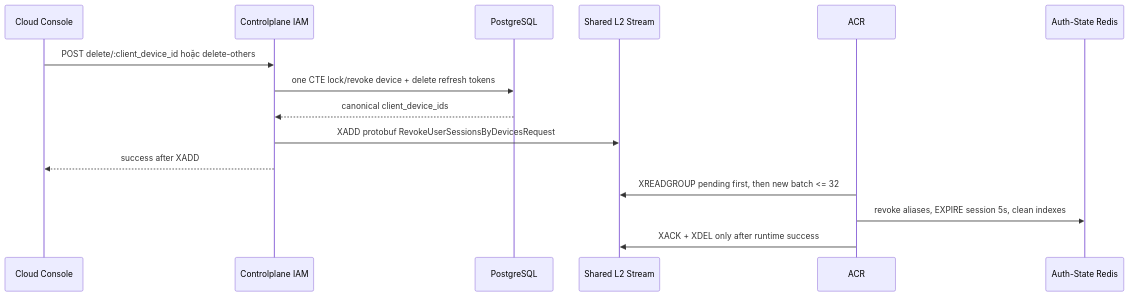
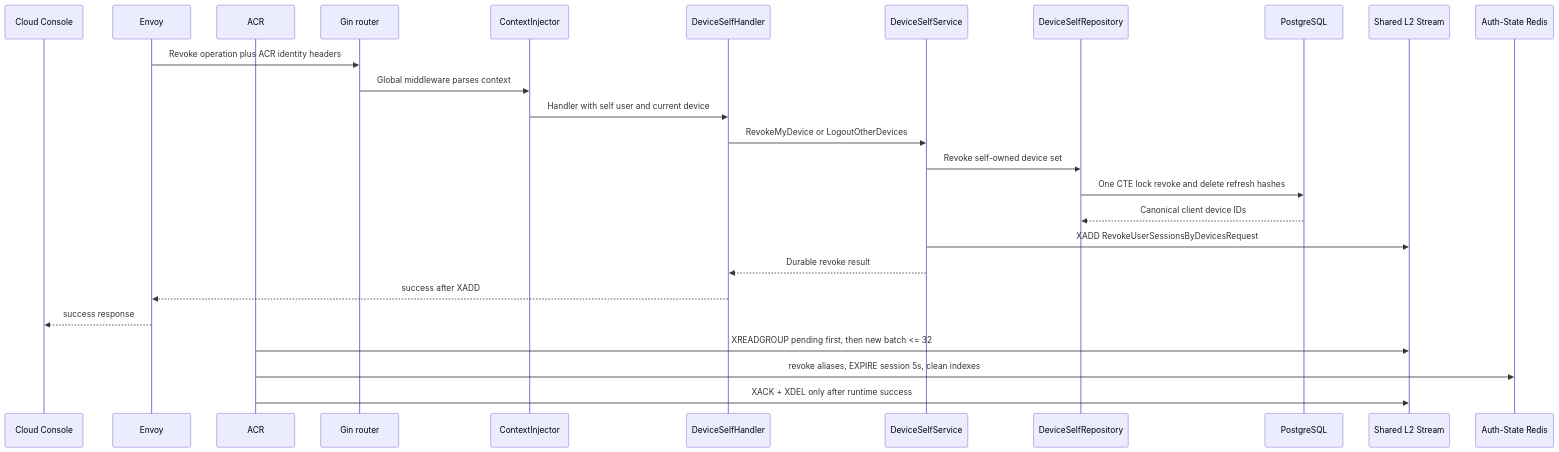
One commit to phucle996/aurora changed the third of 3 diagrams in god_view/iam/device_session_revocation_god_view_workflow.md. Above: the diagram before and after it, drawn with Mermaid. The commit also changed other lines of this file and 165 other files, not shown here.

````diff
--- a/god_view/iam/device_session_revocation_god_view_workflow.md
+++ b/god_view/iam/device_session_revocation_god_view_workflow.md
@@ -60,18 +132,29 @@
 ```mermaid
 sequenceDiagram
     participant UI as Cloud Console
-    participant CP as Controlplane IAM
+    participant E as Envoy
+    participant A as ACR
+    participant G as Gin router
+    participant M as ContextInjector
+    participant H as DeviceSelfHandler
+    participant S as DeviceSelfService
+    participant Repo as DeviceSelfRepository
     participant DB as PostgreSQL
     participant SR as Shared L2 Stream
-    participant ACR
     participant AR as Auth-State Redis
 
-    UI->>CP: POST delete/:client_device_id hoặc delete-others
-    CP->>DB: one CTE lock/revoke device + delete refresh tokens
-    DB-->>CP: canonical client_device_ids
-    CP->>SR: XADD protobuf RevokeUserSessionsByDevicesRequest
-    CP-->>UI: success after XADD
-    ACR->>SR: XREADGROUP pending first, then new batch <= 32
-    ACR->>AR: revoke aliases, EXPIRE session 5s, clean indexes
-    ACR->>SR: XACK + XDEL only after runtime success
+    E->>G: Revoke operation plus ACR identity headers
+    G->>M: Global middleware parses context
+    M->>H: Handler with self user and current device
+    H->>S: RevokeMyDevice or LogoutOtherDevices
+    S->>Repo: Revoke self-owned device set
+    Repo->>DB: One CTE lock revoke and delete refresh hashes
+    DB-->>Repo: Canonical client device IDs
+    S->>SR: XADD RevokeUserSessionsByDevicesRequest
+    S-->>H: Durable revoke result
+    H-->>E: success after XADD
+    E-->>UI: success response
+    A->>SR: XREADGROUP pending first, then new batch <= 32
+    A->>AR: revoke aliases, EXPIRE session 5s, clean indexes
+    A->>SR: XACK + XDEL only after runtime success
 ```
````
